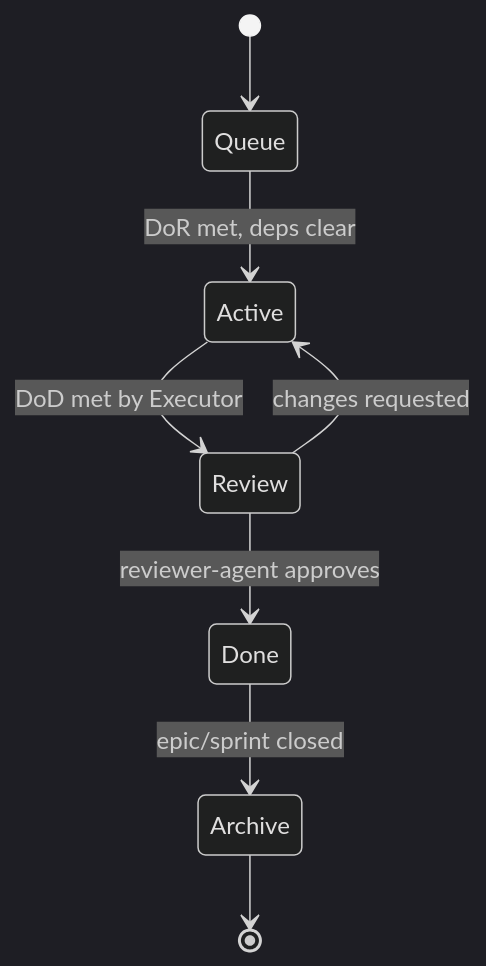
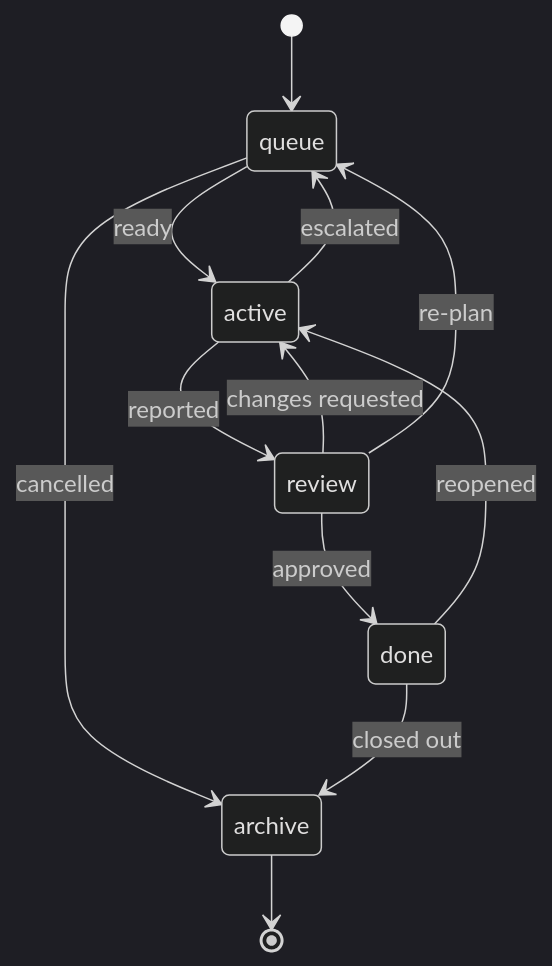
Before and after one commit to Vtquan123/strix: the diagram in reference/workflow/task-lifecycle.md, drawn with Mermaid (dark theme). The commit also changed other lines of this file and 80 other files, not shown here.

````diff
--- a/reference/workflow/task-lifecycle.md
+++ b/reference/workflow/task-lifecycle.md
@@ -15,10 +16,14 @@
 ```mermaid
 stateDiagram-v2
-    [*] --> Queue
-    Queue --> Active: DoR met, deps clear
-    Active --> Review: DoD met by Executor
-    Review --> Active: changes requested
-    Review --> Done: reviewer-agent approves
-    Done --> Archive: epic/sprint closed
-    Archive --> [*]
+    [*] --> queue
+    queue --> active: ready
+    queue --> archive: cancelled
+    active --> review: reported
+    active --> queue: escalated
+    review --> active: changes requested
+    review --> queue: re-plan
+    review --> done: approved
+    done --> active: reopened
+    done --> archive: closed out
+    archive --> [*]
 ```
````
